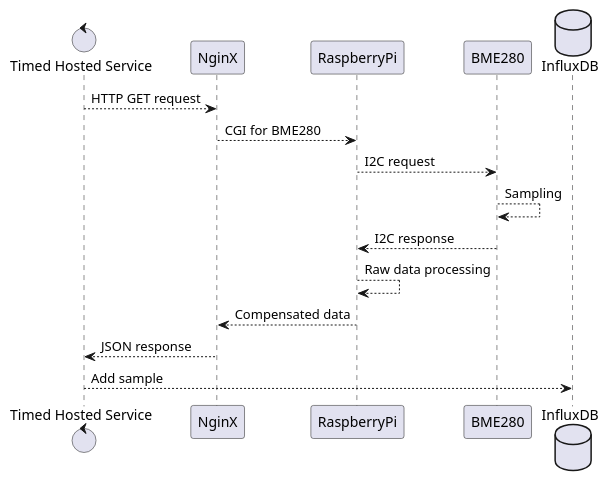
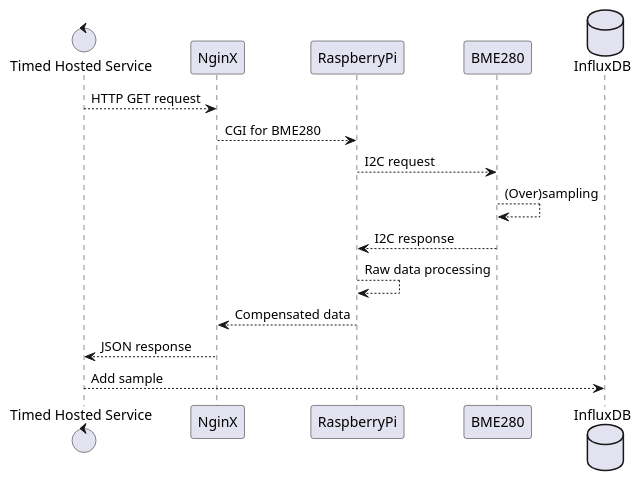
One commit to petkovgogo/hydroponic_garden changed the diagram in docs/diagram/THPPollSeq.puml. Above: the diagram before and after it, drawn with PlantUML. The commit also changed 7 other files, not shown here.

Commit message:
Updated diagrams

```diff
--- a/docs/diagram/THPPollSeq.puml
+++ b/docs/diagram/THPPollSeq.puml
@@ -1,19 +1,19 @@
 @startuml THPPollSeq
 
 control     "Timed Hosted Service" as tmhs
 participant NginX
 participant RaspberryPi as rpi
 participant BME280
 database    InfluxDB
 
 tmhs   --> NginX    : HTTP GET request
 NginX  --> rpi      : CGI for BME280
 rpi    --> BME280   : I2C request
-BME280 --> BME280   : Sampling
+BME280 --> BME280   : (Over)sampling
 BME280 --> rpi      : I2C response
 rpi    --> rpi      : Raw data processing
 rpi    --> NginX    : Compensated data
 NginX  --> tmhs     : JSON response
 tmhs   --> InfluxDB : Add sample
 
 @enduml
```
